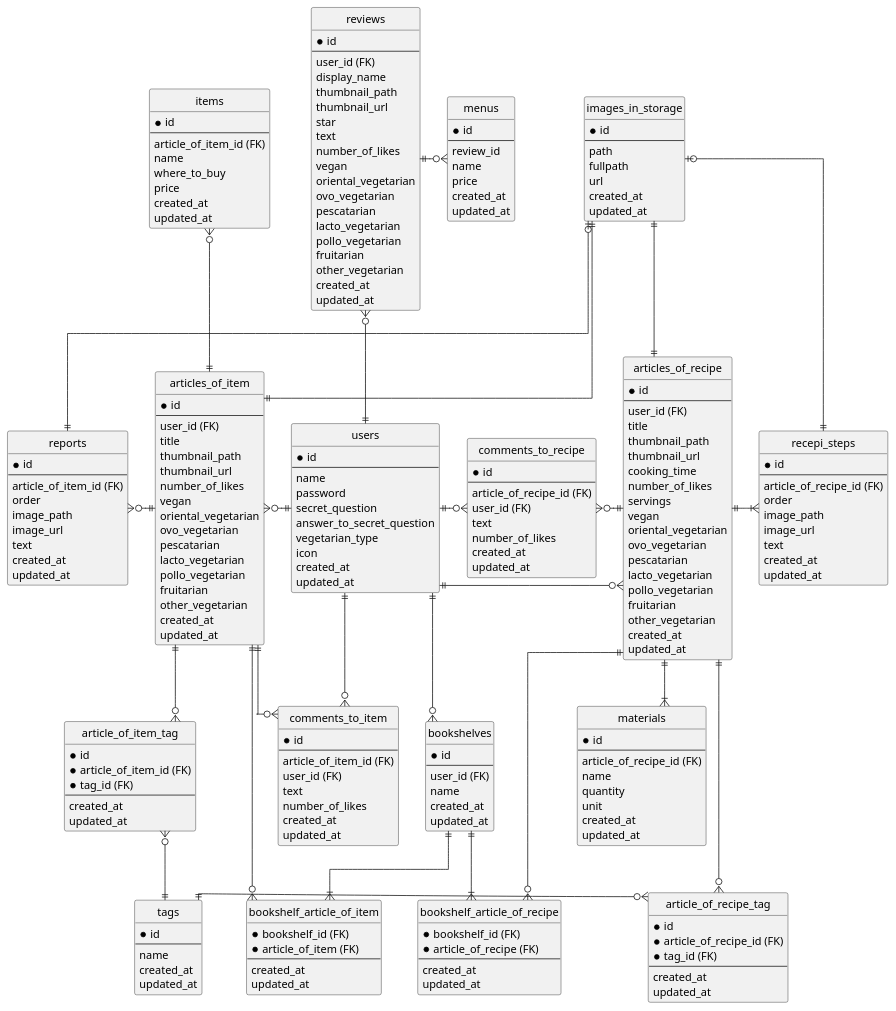
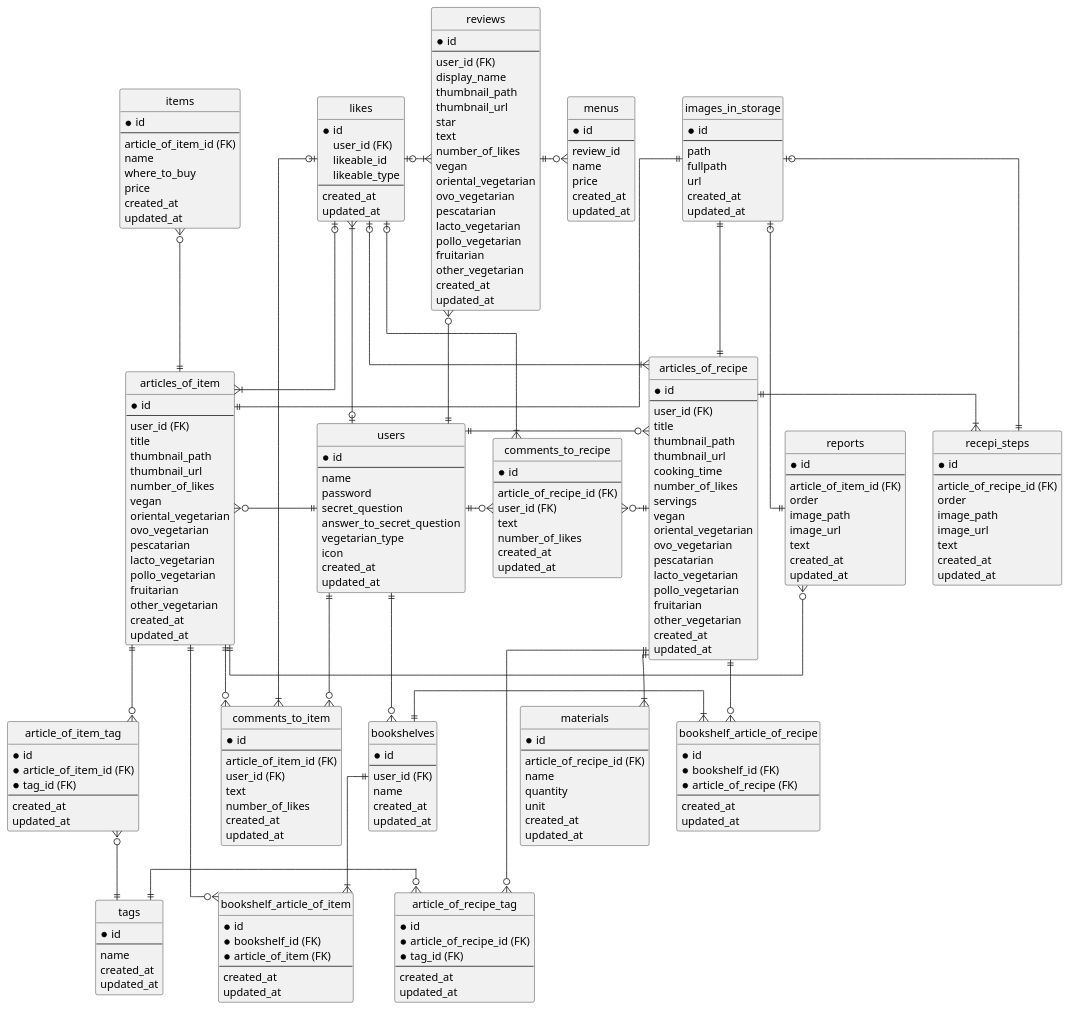
Before and after one commit to SayuriOkuyama/Original: the diagram in documents/er.pu, drawn with PlantUML.

Commit message:
ER図修正

```diff
--- a/documents/er.pu
+++ b/documents/er.pu
@@ -207,6 +207,7 @@
 }
 
 entity "bookshelf_article_of_recipe" as bookshelf_article_of_recipe {
+  *id
   *bookshelf_id (FK)
   *article_of_recipe (FK)
   --
@@ -215,8 +216,19 @@
 }
 
 entity "bookshelf_article_of_item" as bookshelf_article_of_item {
+  *id
   *bookshelf_id (FK)
   *article_of_item (FK)
+  --
+  created_at
+  updated_at
+}
+
+entity "likes" as likes {
+  *id
+  user_id (FK)
+  likeable_id
+  likeable_type
   --
   created_at
   updated_at
@@ -245,14 +257,20 @@
 articles_of_item ||--o{ comments_to_item
 articles_of_item ||-u-o{ items
 articles_of_item ||-l-o{ reports
-users ||-r-o{ comments_to_item
+users ||--o{ comments_to_item
 users ||-d-o{bookshelves
-bookshelves ||--|{bookshelf_article_of_recipe
+bookshelves ||-r-|{bookshelf_article_of_recipe
 articles_of_recipe ||--o{bookshelf_article_of_recipe
 bookshelves ||--|{bookshelf_article_of_item
 articles_of_item ||--o{bookshelf_article_of_item
 users ||-u-o{reviews
 menus }o-l-|| reviews
+users |o-l-|{ likes
+likes |o-r-|{ articles_of_recipe
+likes |o-r-|{ articles_of_item
+likes |o-r-|{ comments_to_recipe
+likes |o-r-|{ comments_to_item
+likes |o-r-|{ reviews
 images_in_storage ||--|| articles_of_recipe
 images_in_storage||--|| articles_of_item
 images_in_storage |o-r-|| recepi_steps
```
